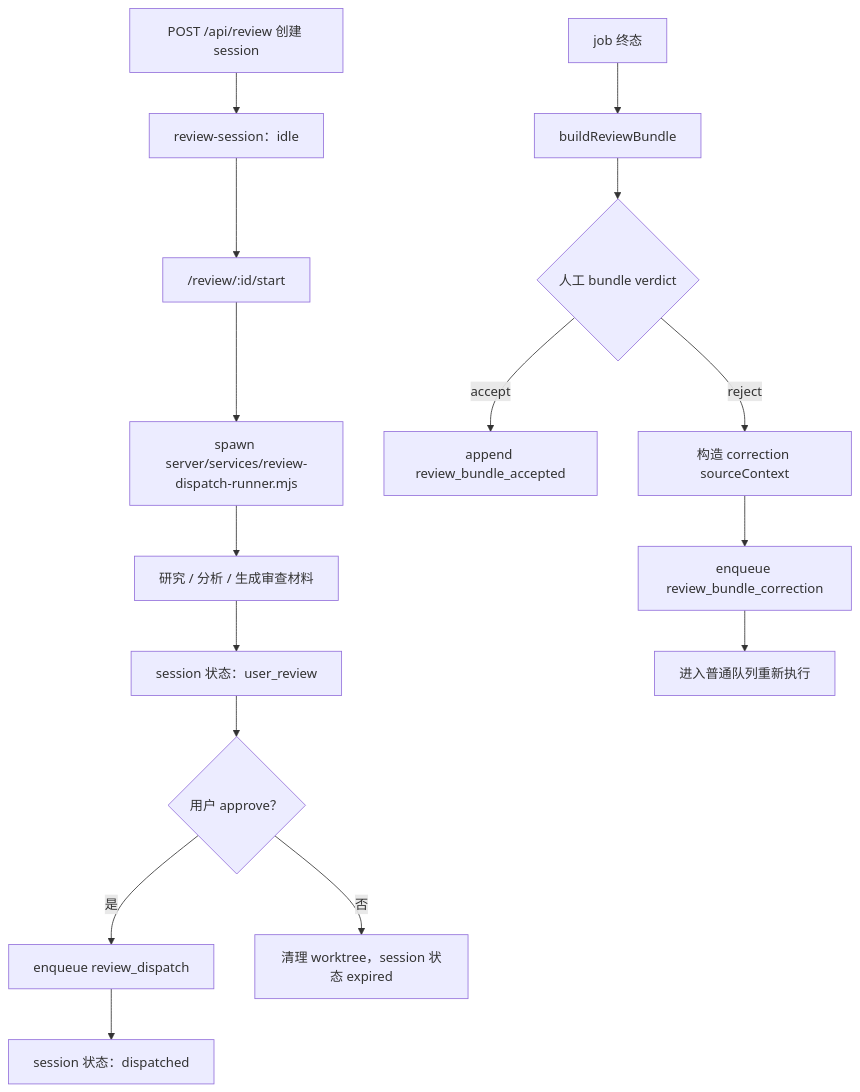
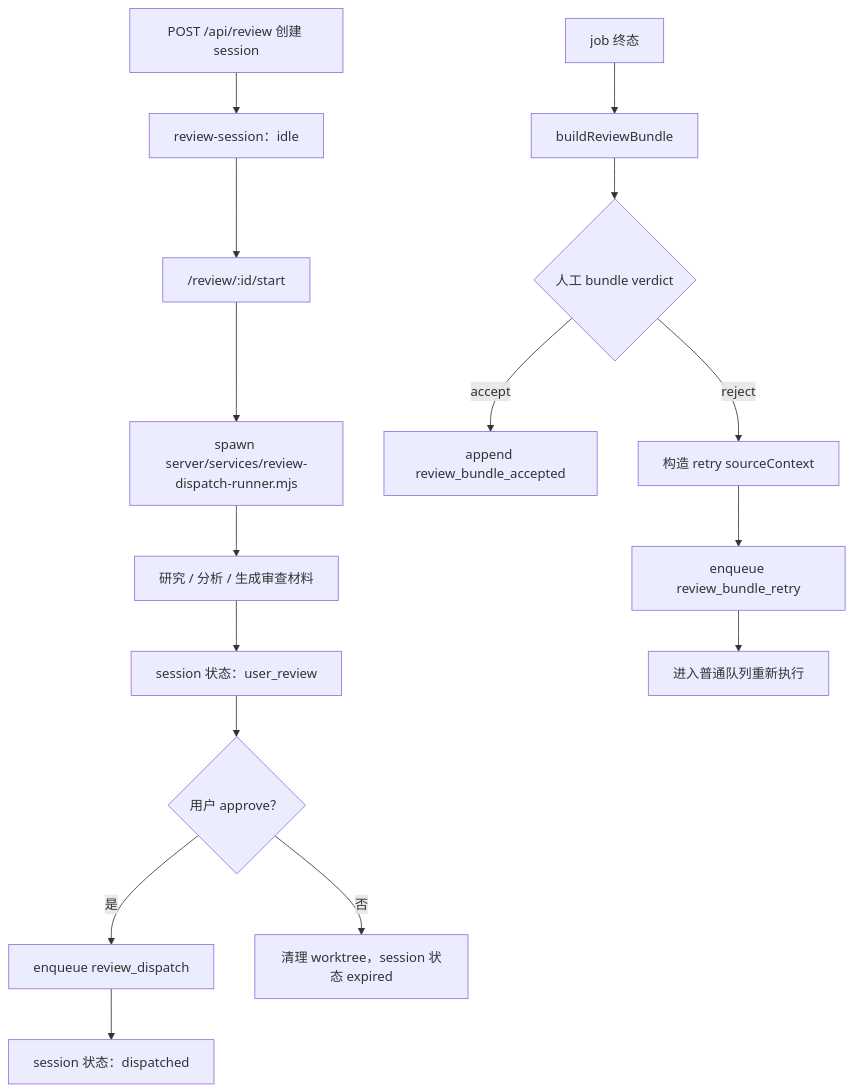
Diagram 12 of 17 in docs/architecture/system-dimensional-flows.md (changw98ic/codepatchbay), drawn with Mermaid before and after one commit. The commit also changed other lines of this file and 15 other files, not shown here.

````diff
--- a/docs/architecture/system-dimensional-flows.md
+++ b/docs/architecture/system-dimensional-flows.md
@@ -402,19 +402,19 @@
 ```mermaid
 flowchart TD
   Create["POST /api/review 创建 session"] --> Session["review-session：idle"]
   Session --> Start["/review/:id/start"]
   Start --> Dispatch["spawn server/services/review-dispatch-runner.mjs"]
   Dispatch --> Research["研究 / 分析 / 生成审查材料"]
   Research --> UserReview["session 状态：user_review"]
   UserReview --> Approve{"用户 approve？"}
   Approve -->|"是"| Enqueue["enqueue review_dispatch"]
   Enqueue --> Dispatched["session 状态：dispatched"]
   Approve -->|"否"| Reject["清理 worktree，session 状态 expired"]
 
   JobDone["job 终态"] --> Bundle["buildReviewBundle"]
   Bundle --> HumanVerdict{"人工 bundle verdict"}
   HumanVerdict -->|"accept"| AcceptedEvent["append review_bundle_accepted"]
-  HumanVerdict -->|"reject"| Correction["构造 correction sourceContext"]
-  Correction --> CorrectionQueue["enqueue review_bundle_correction"]
-  CorrectionQueue --> NextRun["进入普通队列重新执行"]
+  HumanVerdict -->|"reject"| Retry["构造 retry sourceContext"]
+  Retry --> RetryQueue["enqueue review_bundle_retry"]
+  RetryQueue --> NextRun["进入普通队列重新执行"]
 ```
````
